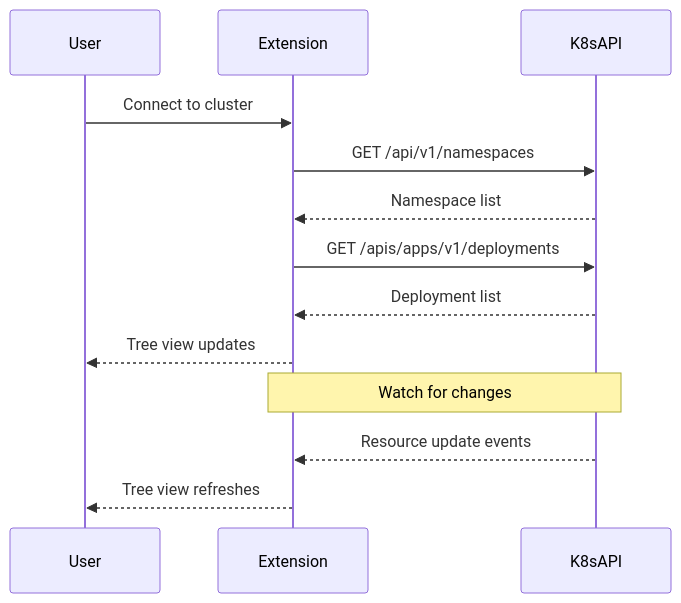
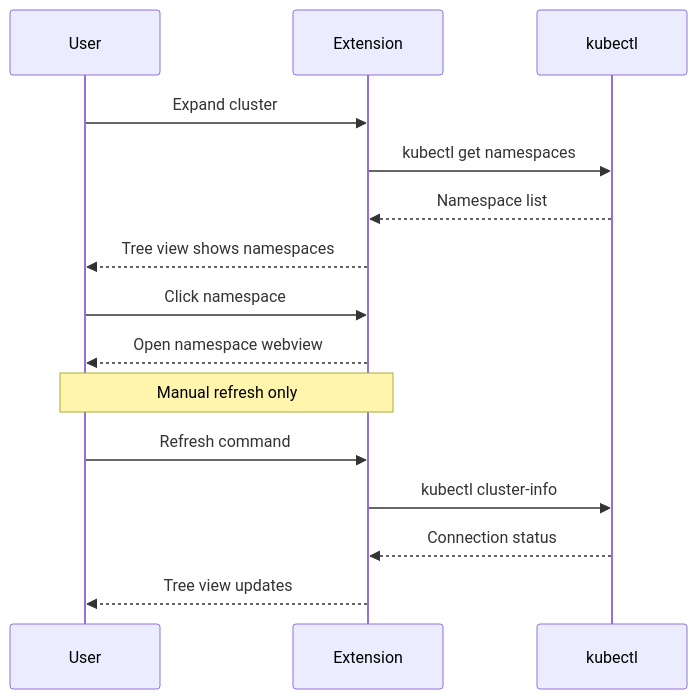
The second of 2 diagrams in ai/specs/tree-view-spec.spec.md (alto9/kandy), drawn with Mermaid before and after one commit. The commit also changed other lines of this file and 23 other files, not shown here.

````diff
--- a/ai/specs/tree-view-spec.spec.md
+++ b/ai/specs/tree-view-spec.spec.md
@@ -50,17 +51,20 @@
 ```mermaid
 sequenceDiagram
     participant User
     participant Extension
-    participant K8sAPI
+    participant kubectl
 
-    User->>Extension: Connect to cluster
-    Extension->>K8sAPI: GET /api/v1/namespaces
-    K8sAPI-->>Extension: Namespace list
-    Extension->>K8sAPI: GET /apis/apps/v1/deployments
-    K8sAPI-->>Extension: Deployment list
+    User->>Extension: Expand cluster
+    Extension->>kubectl: kubectl get namespaces
+    kubectl-->>Extension: Namespace list
+    Extension-->>User: Tree view shows namespaces
+
+    User->>Extension: Click namespace
+    Extension-->>User: Open namespace webview
+    
+    Note over User,Extension: Manual refresh only
+    User->>Extension: Refresh command
+    Extension->>kubectl: kubectl cluster-info
+    kubectl-->>Extension: Connection status
     Extension-->>User: Tree view updates
-
-    Note over Extension,K8sAPI: Watch for changes
-    K8sAPI-->>Extension: Resource update events
-    Extension-->>User: Tree view refreshes
 ```
````
